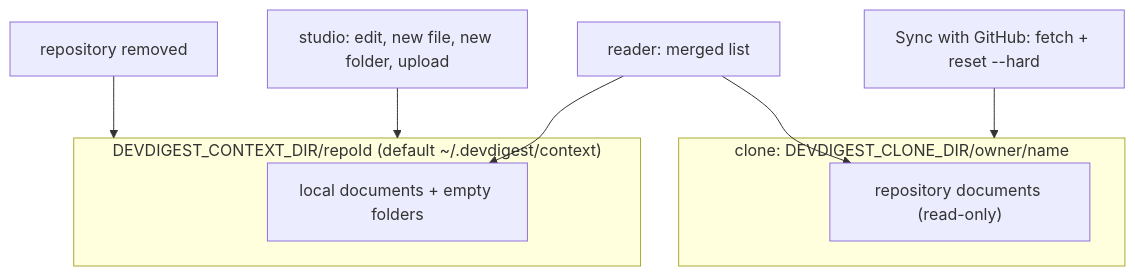
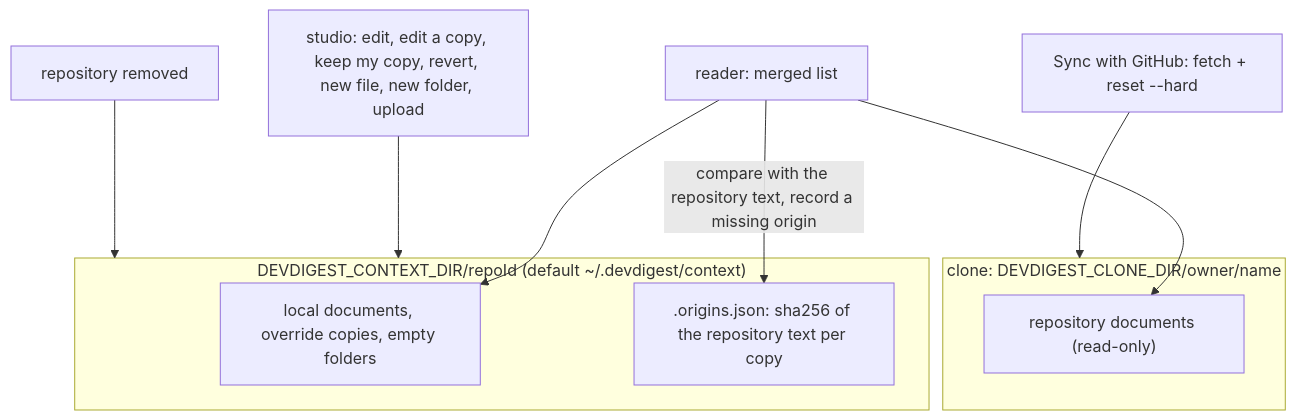
The second of 4 diagrams in docs/project-context.md (BalakaMd/dev-digest), drawn with Mermaid before and after one commit. The commit also changed other lines of this file and 61 other files, not shown here.

````diff
--- a/docs/project-context.md
+++ b/docs/project-context.md
@@ -104,14 +116,16 @@
 ```mermaid
 flowchart TB
   subgraph clone["clone: DEVDIGEST_CLONE_DIR/owner/name"]
     R["repository documents (read-only)"]
   end
   subgraph overlay["DEVDIGEST_CONTEXT_DIR/repoId (default ~/.devdigest/context)"]
-    L["local documents + empty folders"]
+    L["local documents, override copies, empty folders"]
+    O[".origins.json: sha256 of the repository text per copy"]
   end
   Sync["Sync with GitHub: fetch + reset --hard"] --> clone
-  Studio["studio: edit, new file, new folder, upload"] --> overlay
+  Studio["studio: edit, edit a copy, keep my copy, revert, new file, new folder, upload"] --> overlay
   List["reader: merged list"] --> R
   List --> L
+  List -->|"compare with the repository text, record a missing origin"| O
   Remove["repository removed"] --> overlay
 ```
````
